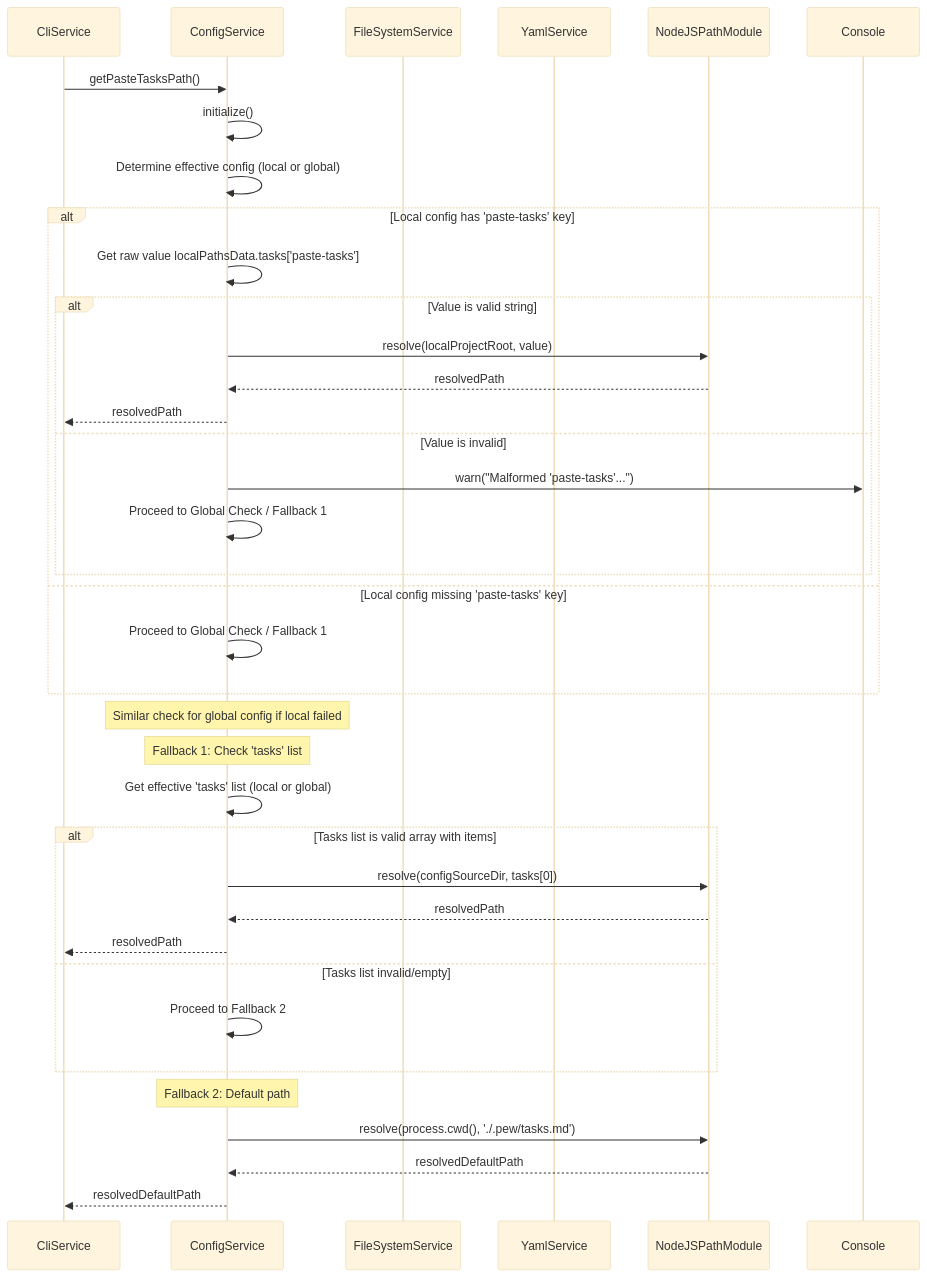
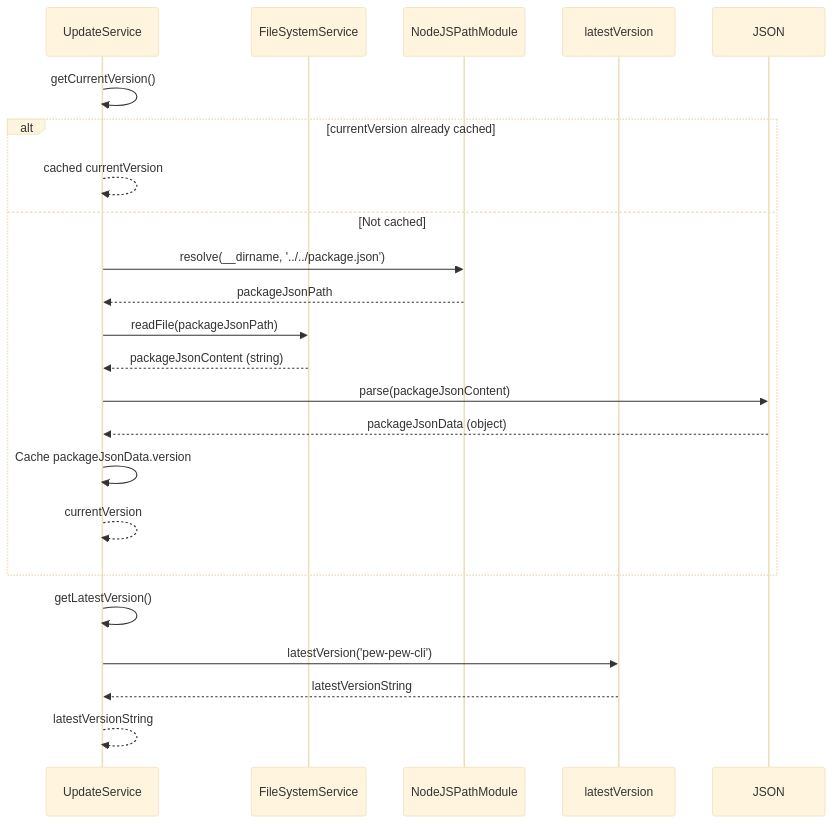
One commit to ultrawideturbodev/pewPewCLI changed the first of 9 diagrams in .pew/tasks.md. Above: the diagram before and after it, drawn with Mermaid (base theme). The commit also changed other lines of this file and 14 other files, not shown here.

````diff
--- a/.pew/tasks.md
+++ b/.pew/tasks.md
@@ -169,42 +218,26 @@
     ```mermaid
     sequenceDiagram
-        participant CliS as CliService
-        participant CS as ConfigService
+        participant US as UpdateService
         participant FSS as FileSystemService
-        participant YS as YamlService
         participant path as NodeJSPathModule
-        participant console as Console
+        participant lv as latestVersion
 
-        CliS->>CS: getPasteTasksPath()
-        CS->>CS: initialize() # If not already initialized
-        CS->>CS: Determine effective config (local or global)
-        alt Local config has 'paste-tasks' key
-            CS->>CS: Get raw value localPathsData.tasks['paste-tasks']
-            alt Value is valid string
-                CS->>path: resolve(localProjectRoot, value)
-                path-->>CS: resolvedPath
-                CS-->>CliS: resolvedPath
-            else Value is invalid
-                CS->>console: warn("Malformed 'paste-tasks'...")
-                CS->>CS: Proceed to Global Check / Fallback 1
-            end
-        else Local config missing 'paste-tasks' key
-             CS->>CS: Proceed to Global Check / Fallback 1
-        end
-        Note over CS: Similar check for global config if local failed
-
-        Note over CS: Fallback 1: Check 'tasks' list
-        CS->>CS: Get effective 'tasks' list (local or global)
-        alt Tasks list is valid array with items
-            CS->>path: resolve(configSourceDir, tasks[0])
-            path-->>CS: resolvedPath
-            CS-->>CliS: resolvedPath
-        else Tasks list invalid/empty
-            CS->>CS: Proceed to Fallback 2
+        US->>US: getCurrentVersion()
+        alt currentVersion already cached
+            US-->>US: cached currentVersion
+        else Not cached
+            US->>path: resolve(__dirname, '../../package.json') # Adjust path as needed
+            path-->>US: packageJsonPath
+            US->>FSS: readFile(packageJsonPath)
+            FSS-->>US: packageJsonContent (string)
+            US->>JSON: parse(packageJsonContent)
+            JSON-->>US: packageJsonData (object)
+            US->>US: Cache packageJsonData.version
+            US-->>US: currentVersion
         end
 
-        Note over CS: Fallback 2: Default path
-        CS->>path: resolve(process.cwd(), './.pew/tasks.md')
-        path-->>CS: resolvedDefaultPath
-        CS-->>CliS: resolvedDefaultPath
+        US->>US: getLatestVersion()
+        US->>lv: latestVersion('pew-pew-cli')
+        lv-->>US: latestVersionString
+        US-->>US: latestVersionString
     ```
````
